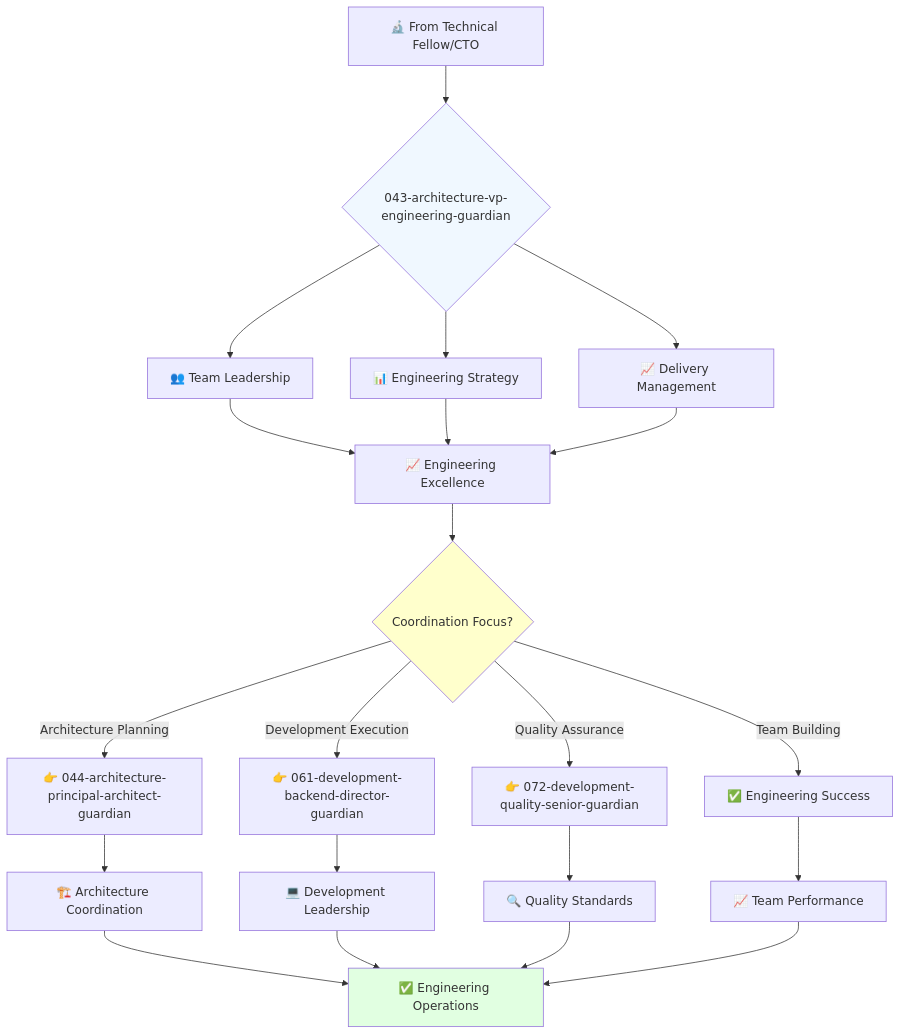
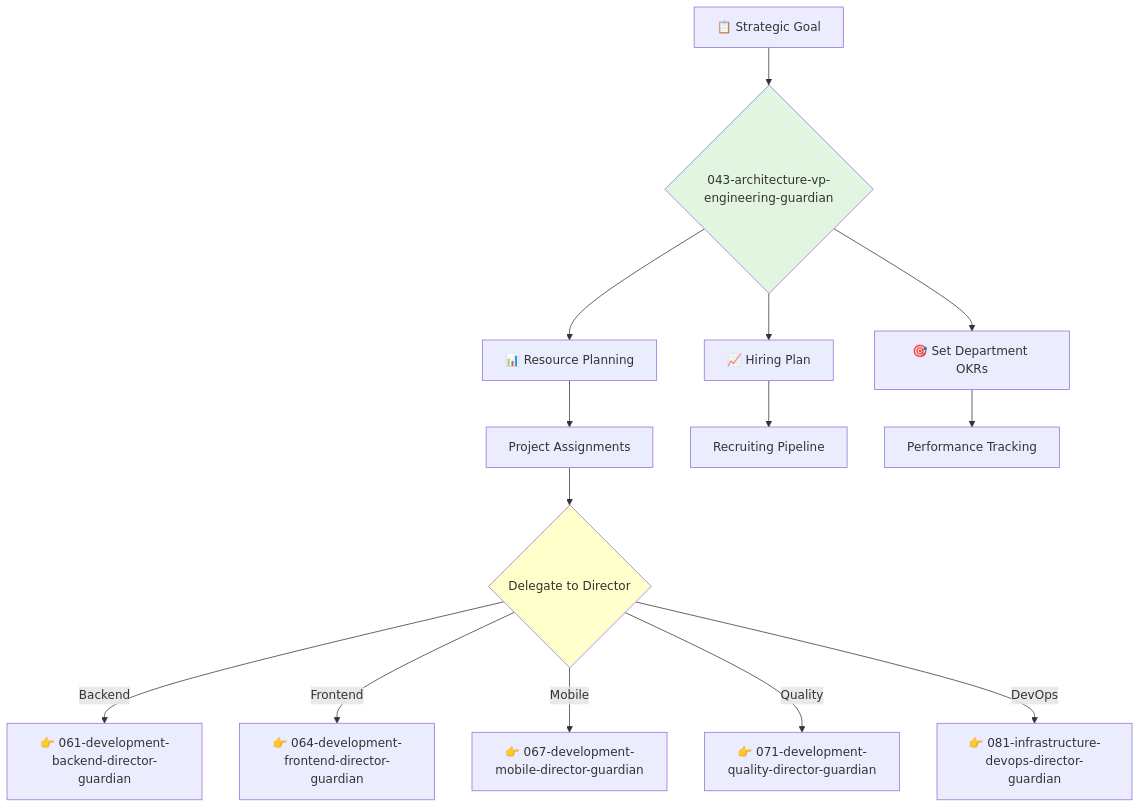
The diagram in 2-engineering/2-software-engineering/043-architecture-vp-engineering-guardian.md (kairin/claude-guardian-agents), drawn with Mermaid before and after one commit. The commit also changed other lines of this file and 42 other files, not shown here.

````diff
--- a/2-engineering/2-software-engineering/043-architecture-vp-engineering-guardian.md
+++ b/2-engineering/2-software-engineering/043-architecture-vp-engineering-guardian.md
@@ -58,31 +73,21 @@
 ```mermaid
 flowchart TD
-    A[🔬 From Technical Fellow/CTO] --> B{043-architecture-vp-engineering-guardian}
-    B --> C[👥 Team Leadership]
-    B --> D[📊 Engineering Strategy]
-    B --> E[📈 Delivery Management]
-    
-    C --> F[📈 Engineering Excellence]
-    D --> F
-    E --> F
-    
-    F --> G{Coordination Focus?}
-    G -->|Architecture Planning| H[👉 044-architecture-principal-architect-guardian]
-    G -->|Development Execution| I[👉 061-development-backend-director-guardian]
-    G -->|Quality Assurance| J[👉 072-development-quality-senior-guardian]
-    G -->|Team Building| K[✅ Engineering Success]
-    
-    H --> L[🏗️ Architecture Coordination]
-    I --> M[💻 Development Leadership]
-    J --> N[🔍 Quality Standards]
-    K --> O[📈 Team Performance]
-    
-    L --> P[✅ Engineering Operations]
-    M --> P
-    N --> P
-    O --> P
-    
-    style B fill:#f0f8ff
-    style G fill:#ffffcc
-    style P fill:#e1ffe1
+    A[📋 Strategic Goal] --> B{043-architecture-vp-engineering-guardian}
+    B --> C[📊 Resource Planning]
+    B --> D[📈 Hiring Plan]
+    B --> E[🎯 Set Department OKRs]
+
+    C --> F[Project Assignments]
+    D --> G[Recruiting Pipeline]
+    E --> H[Performance Tracking]
+
+    F --> I{Delegate to Director}
+    I -->|Backend| J[👉 061-development-backend-director-guardian]
+    I -->|Frontend| K[👉 064-development-frontend-director-guardian]
+    I -->|Mobile| L[👉 067-development-mobile-director-guardian]
+    I -->|Quality| M[👉 071-development-quality-director-guardian]
+    I -->|DevOps| N[👉 081-infrastructure-devops-director-guardian]
+
+    style B fill:#e1f5e1
+    style I fill:#ffffcc
 ```
````
